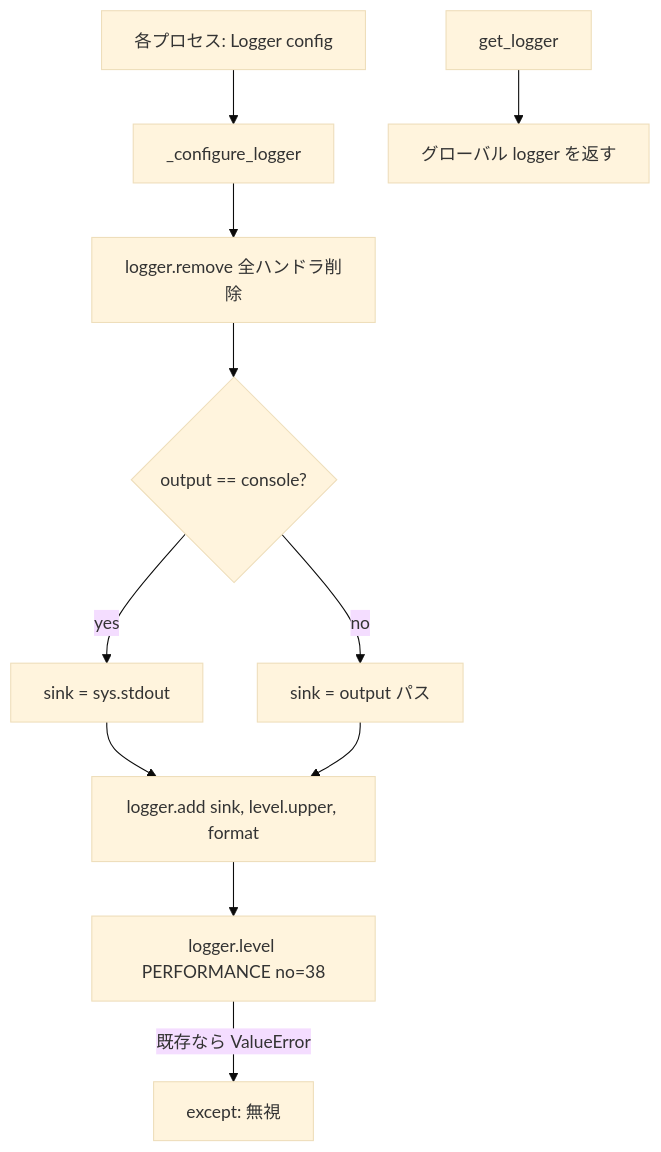
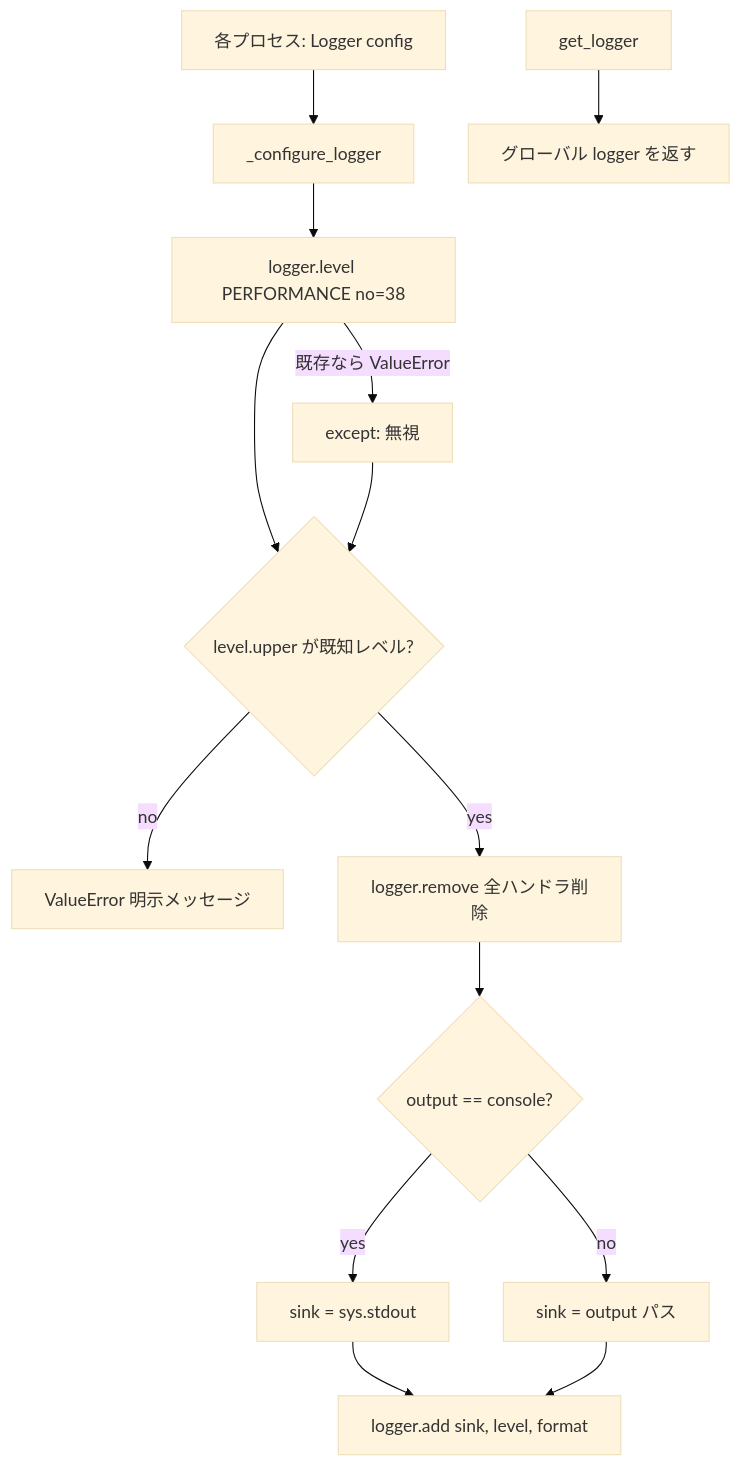
One commit to NobuoTsukamoto/multiprocess-object-tracker changed the diagram in docs/specs/logger/design.md. Above: the diagram before and after it, drawn with Mermaid (base theme). The commit also changed other lines of this file and 6 other files, not shown here.

````diff
--- a/docs/specs/logger/design.md
+++ b/docs/specs/logger/design.md
@@ -39,13 +39,16 @@
 ```mermaid
 flowchart TD
     A[各プロセス: Logger config] --> B[_configure_logger]
-    B --> C[logger.remove 全ハンドラ削除]
+    B --> H[logger.level PERFORMANCE no=38]
+    H -->|既存なら ValueError| I[except: 無視]
+    H --> V{level.upper が既知レベル?}
+    I --> V
+    V -->|no| ERR[ValueError 明示メッセージ]
+    V -->|yes| C[logger.remove 全ハンドラ削除]
     C --> D{output == console?}
     D -->|yes| E[sink = sys.stdout]
     D -->|no| F[sink = output パス]
-    E --> G[logger.add sink, level.upper, format]
+    E --> G[logger.add sink, level, format]
     F --> G
-    G --> H[logger.level PERFORMANCE no=38]
-    H -->|既存なら ValueError| I[except: 無視]
     A2[get_logger] --> J[グローバル logger を返す]
 ```
````
